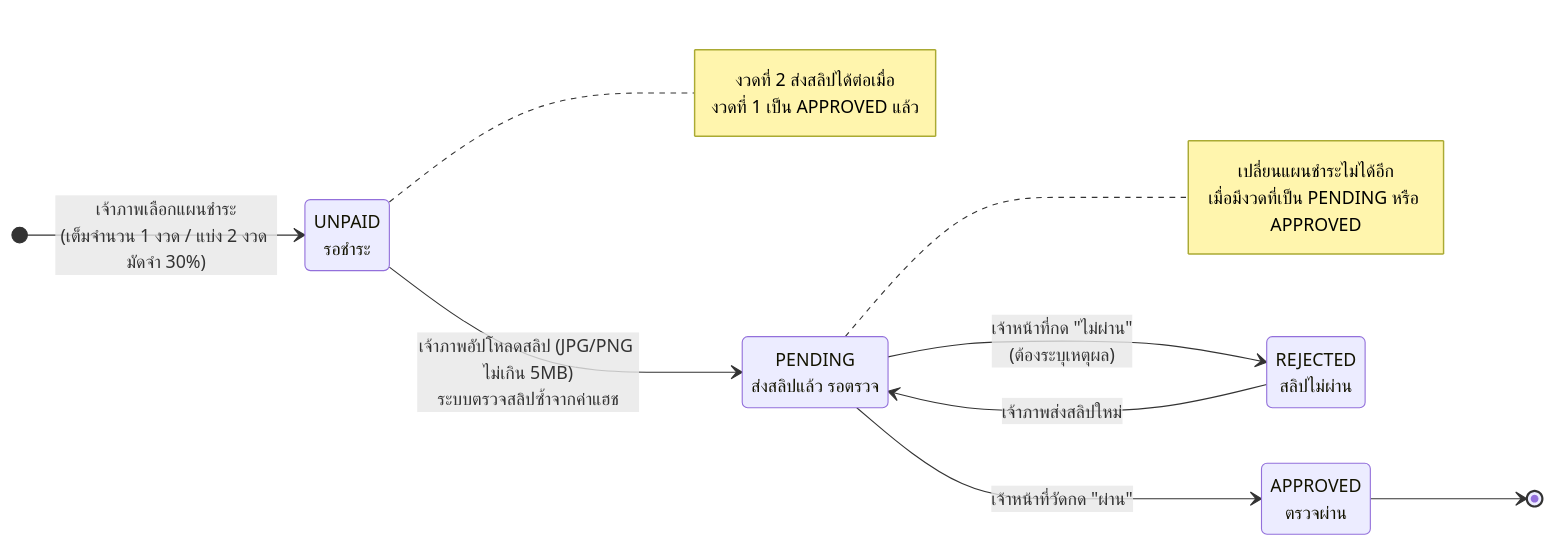
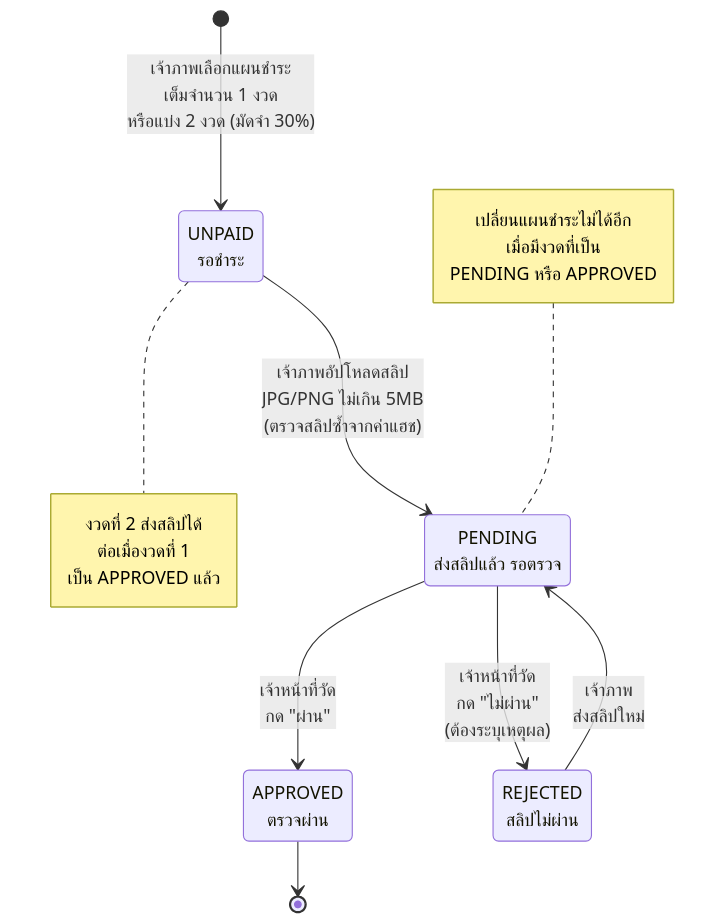
One commit to suttirakpi/foms-system changed the diagram in docs/state-2-payment.mmd. Above: the diagram before and after it, drawn with Mermaid. The commit also changed 36 other files, not shown here.

Commit message:
change : docs - state charts to vertical layout (portrait, fits Word); split on-site and admin charts into small diagrams

```diff
--- a/docs/state-2-payment.mmd
+++ b/docs/state-2-payment.mmd
@@ -1,23 +1,25 @@
 stateDiagram-v2
-direction LR
+direction TB
 
 state "UNPAID<br/>รอชำระ" as UNPAID
 state "PENDING<br/>ส่งสลิปแล้ว รอตรวจ" as PENDING
 state "APPROVED<br/>ตรวจผ่าน" as APPROVED
 state "REJECTED<br/>สลิปไม่ผ่าน" as REJECTED
 
-[*] --> UNPAID : เจ้าภาพเลือกแผนชำระ<br/>(เต็มจำนวน 1 งวด / แบ่ง 2 งวด มัดจำ 30%)
-UNPAID --> PENDING : เจ้าภาพอัปโหลดสลิป (JPG/PNG ไม่เกิน 5MB)<br/>ระบบตรวจสลิปซ้ำจากค่าแฮช
-PENDING --> APPROVED : เจ้าหน้าที่วัดกด "ผ่าน"
-PENDING --> REJECTED : เจ้าหน้าที่กด "ไม่ผ่าน"<br/>(ต้องระบุเหตุผล)
-REJECTED --> PENDING : เจ้าภาพส่งสลิปใหม่
+[*] --> UNPAID : เจ้าภาพเลือกแผนชำระ<br/>เต็มจำนวน 1 งวด<br/>หรือแบ่ง 2 งวด (มัดจำ 30%)
+UNPAID --> PENDING : เจ้าภาพอัปโหลดสลิป<br/>JPG/PNG ไม่เกิน 5MB<br/>(ตรวจสลิปซ้ำจากค่าแฮช)
+PENDING --> APPROVED : เจ้าหน้าที่วัด<br/>กด "ผ่าน"
+PENDING --> REJECTED : เจ้าหน้าที่วัด<br/>กด "ไม่ผ่าน"<br/>(ต้องระบุเหตุผล)
+REJECTED --> PENDING : เจ้าภาพ<br/>ส่งสลิปใหม่
 APPROVED --> [*]
 
 note right of UNPAID
-  งวดที่ 2 ส่งสลิปได้ต่อเมื่อ
-  งวดที่ 1 เป็น APPROVED แล้ว
+  งวดที่ 2 ส่งสลิปได้
+  ต่อเมื่องวดที่ 1
+  เป็น APPROVED แล้ว
 end note
-note right of PENDING
+note left of PENDING
   เปลี่ยนแผนชำระไม่ได้อีก
-  เมื่อมีงวดที่เป็น PENDING หรือ APPROVED
+  เมื่อมีงวดที่เป็น
+  PENDING หรือ APPROVED
 end note
```
